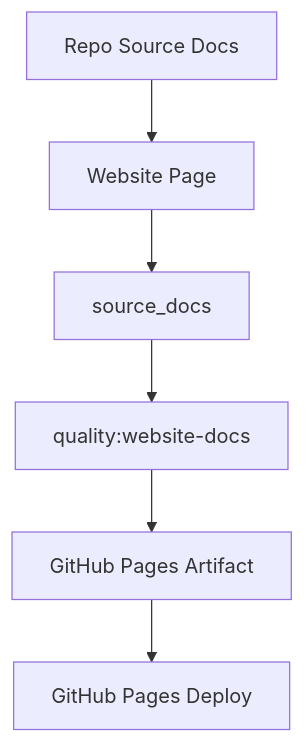
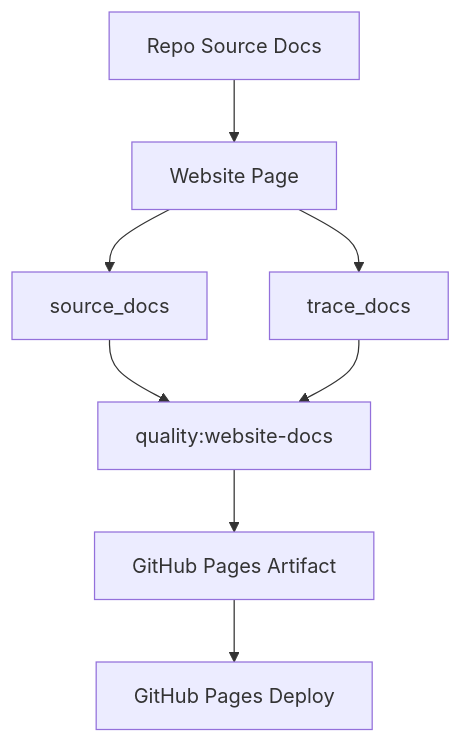
One commit to yuanyunfan/miniclaw changed the second of 2 diagrams in website/en/reference/quality-gates.md. Above: the diagram before and after it, drawn with Mermaid. The commit also changed other lines of this file and 19 other files, not shown here.

````diff
--- a/website/en/reference/quality-gates.md
+++ b/website/en/reference/quality-gates.md
@@ -43,8 +43,10 @@
 ```mermaid
 flowchart TD
   Source[Repo Source Docs] --> Page[Website Page]
-  Page --> Frontmatter[source_docs]
-  Frontmatter --> Gate[quality:website-docs]
+  Page --> PublicImpact[source_docs]
+  Page --> TraceOnly[trace_docs]
+  PublicImpact --> Gate[quality:website-docs]
+  TraceOnly --> Gate
   Gate --> Artifact[GitHub Pages Artifact]
   Artifact --> Pages[GitHub Pages Deploy]
 ```
````
